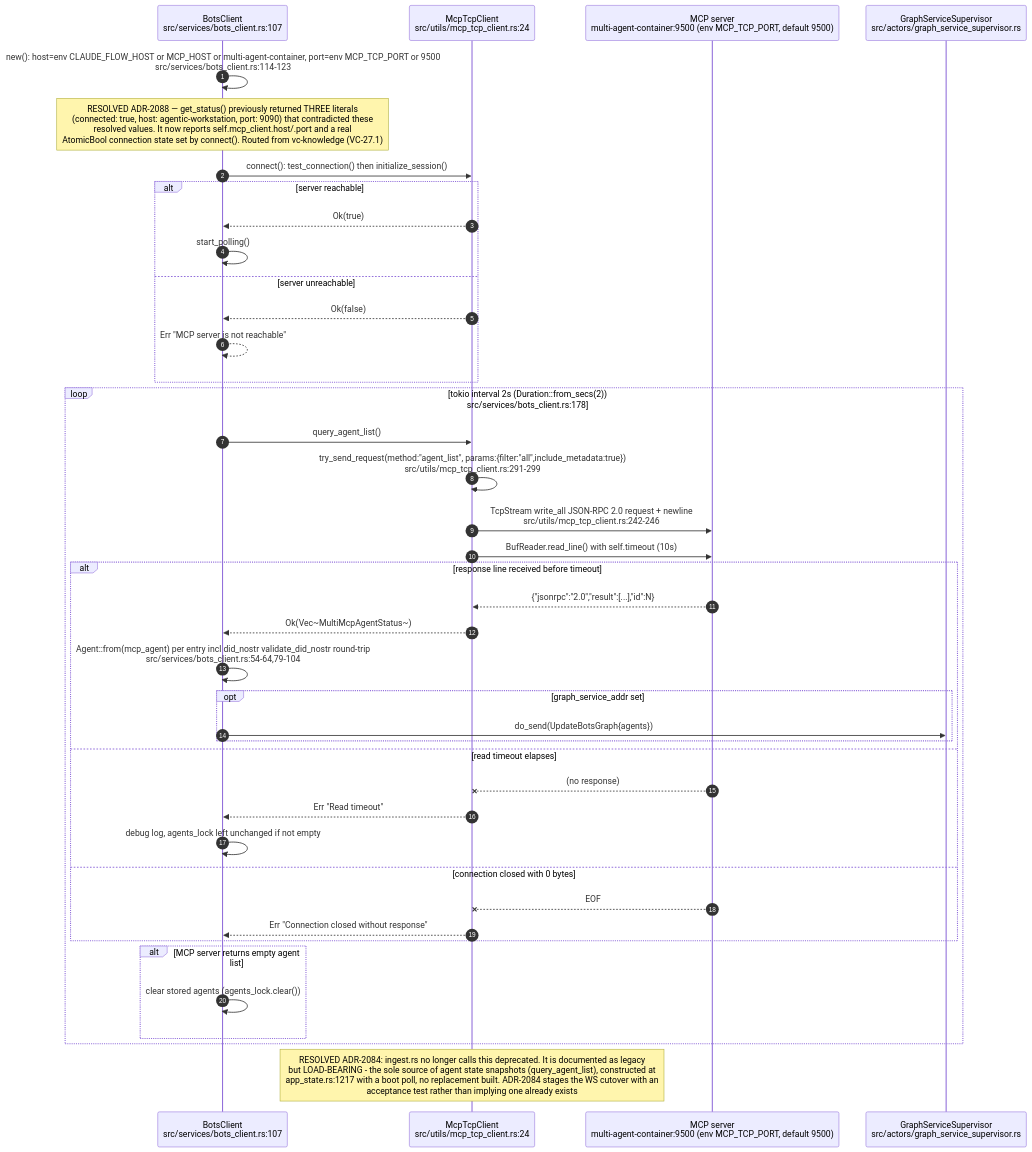
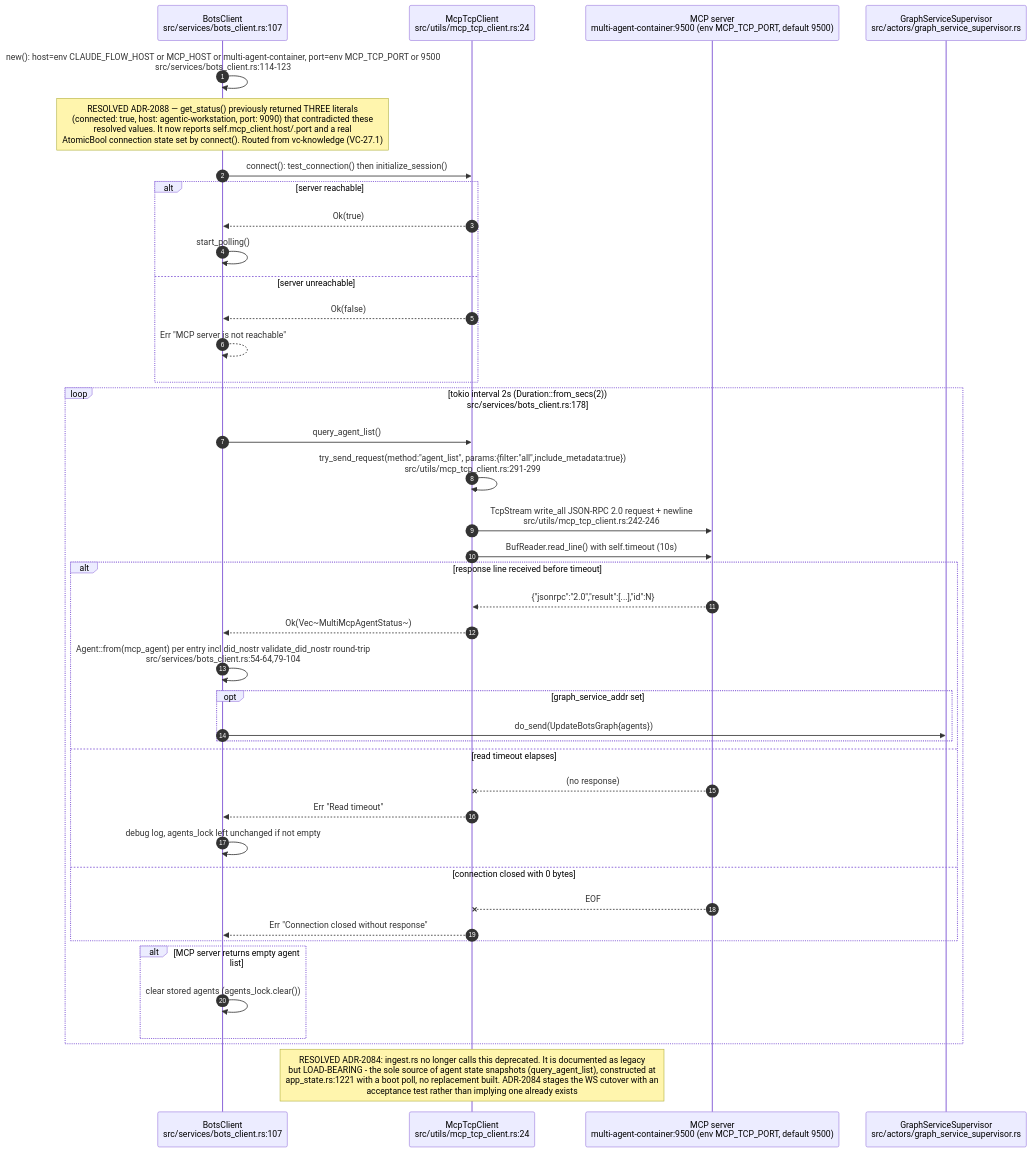
Before and after one commit to DreamLab-AI/VisionFlow: the eighth of 12 diagrams in docs/diagrams/estate/02-agent-events-agentbox-to-visionclaw.md, drawn with Mermaid. The commit also changed other lines of this file and 136 other files, not shown here.

First line of the commit message:
docs(diagrams): refresh the whole corpus to code HEAD and prune low-value diagrams

````diff
--- a/docs/diagrams/estate/02-agent-events-agentbox-to-visionclaw.md
+++ b/docs/diagrams/estate/02-agent-events-agentbox-to-visionclaw.md
@@ -355,44 +355,44 @@
 ```mermaid
 sequenceDiagram
     autonumber
     participant BC as BotsClient<br/>src/services/bots_client.rs:107
     participant TCP as McpTcpClient<br/>src/utils/mcp_tcp_client.rs:24
     participant SRV as MCP server<br/>multi-agent-container:9500 (env MCP_TCP_PORT, default 9500)
     participant GSS as GraphServiceSupervisor<br/>src/actors/graph_service_supervisor.rs
 
     BC->>BC: new(): host=env CLAUDE_FLOW_HOST or MCP_HOST or multi-agent-container, port=env MCP_TCP_PORT or 9500<br/>src/services/bots_client.rs:114-123
     Note over BC: RESOLVED ADR-2088 — get_status() previously returned THREE literals<br/>(connected: true, host: agentic-workstation, port: 9090) that contradicted these<br/>resolved values. It now reports self.mcp_client.host/.port and a real<br/>AtomicBool connection state set by connect(). Routed from vc-knowledge (VC-27.1)
     BC->>TCP: connect(): test_connection() then initialize_session()
     alt server reachable
         TCP-->>BC: Ok(true)
         BC->>BC: start_polling()
     else server unreachable
         TCP-->>BC: Ok(false)
         BC-->>BC: Err "MCP server is not reachable"
     end
     loop tokio interval 2s (Duration::from_secs(2))<br/>src/services/bots_client.rs:178
         BC->>TCP: query_agent_list()
         TCP->>TCP: try_send_request(method:"agent_list", params:{filter:"all",include_metadata:true})<br/>src/utils/mcp_tcp_client.rs:291-299
         TCP->>SRV: TcpStream write_all JSON-RPC 2.0 request + newline<br/>src/utils/mcp_tcp_client.rs:242-246
         TCP->>SRV: BufReader.read_line() with self.timeout (10s)
         alt response line received before timeout
             SRV-->>TCP: {"jsonrpc":"2.0","result":[...],"id":N}
             TCP-->>BC: Ok(Vec~MultiMcpAgentStatus~)
             BC->>BC: Agent::from(mcp_agent) per entry incl did_nostr validate_did_nostr round-trip<br/>src/services/bots_client.rs:54-64,79-104
             opt graph_service_addr set
                 BC->>GSS: do_send(UpdateBotsGraph{agents})
             end
         else read timeout elapses
             SRV--xTCP: (no response)
             TCP-->>BC: Err "Read timeout"
             BC->>BC: debug log, agents_lock left unchanged if not empty
         else connection closed with 0 bytes
             SRV--xTCP: EOF
             TCP-->>BC: Err "Connection closed without response"
         end
         alt MCP server returns empty agent list
             BC->>BC: clear stored agents (agents_lock.clear())
         end
     end
-    Note over TCP: RESOLVED ADR-2084: ingest.rs no longer calls this deprecated. It is documented as legacy<br/>but LOAD-BEARING - the sole source of agent state snapshots (query_agent_list), constructed at<br/>app_state.rs:1217 with a boot poll, no replacement built. ADR-2084 stages the WS cutover with an<br/>acceptance test rather than implying one already exists
+    Note over TCP: RESOLVED ADR-2084: ingest.rs no longer calls this deprecated. It is documented as legacy<br/>but LOAD-BEARING - the sole source of agent state snapshots (query_agent_list), constructed at<br/>app_state.rs:1221 with a boot poll, no replacement built. ADR-2084 stages the WS cutover with an<br/>acceptance test rather than implying one already exists
 ```
````
